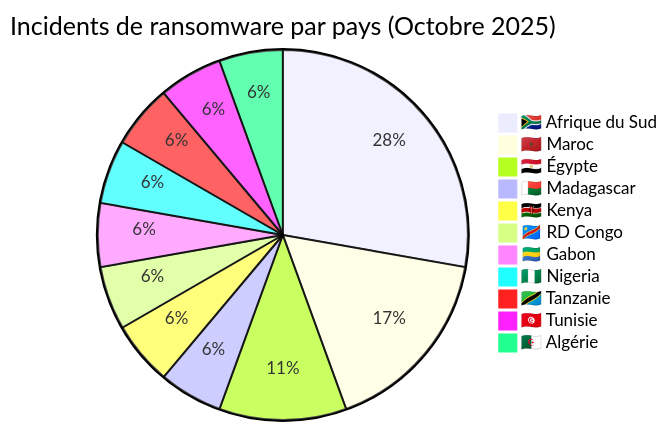
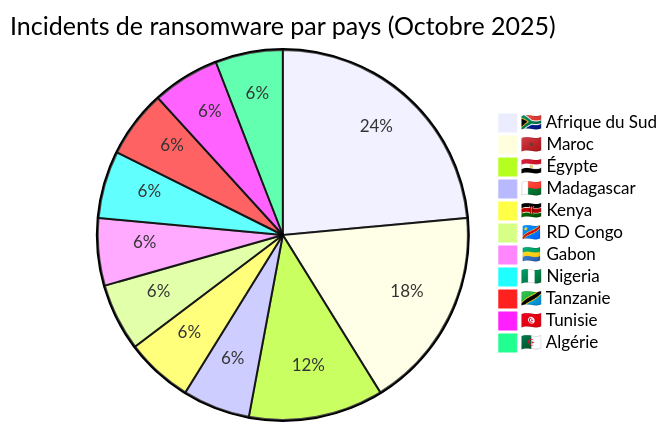
Before and after one commit to Hatchepsoute/AFRINTEL: the second of 3 diagrams in reports/2025/10-october/README_FR.md, drawn with Mermaid. The commit also changed other lines of this file and 14 other files, not shown here.

````diff
--- a/reports/2025/10-october/README_FR.md
+++ b/reports/2025/10-october/README_FR.md
@@ -121,15 +111,15 @@
 ```mermaid
 pie
 title Incidents de ransomware par pays (Octobre 2025)
-"🇿🇦 Afrique du Sud" : 5
+"🇿🇦 Afrique du Sud" : 4
 "🇲🇦 Maroc" : 3
 "🇪🇬 Égypte" : 2
 "🇲🇬 Madagascar" : 1
 "🇰🇪 Kenya" : 1
 "🇨🇩 RD Congo" : 1
 "🇬🇦 Gabon" : 1
 "🇳🇬 Nigeria" : 1
 "🇹🇿 Tanzanie" : 1
 "🇹🇳 Tunisie" : 1
 "🇩🇿 Algérie" : 1
 ```
````
